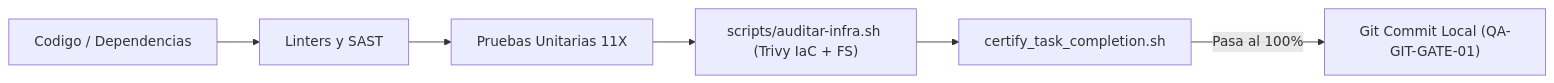
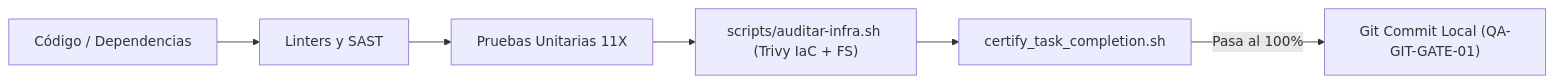
The second of 2 diagrams in SECURITY.es.md (tecno-consultores/qa-testing-blueprints), drawn with Mermaid before and after one commit. The commit also changed other lines of this file and 304 other files, not shown here.

````diff
--- a/SECURITY.es.md
+++ b/SECURITY.es.md
@@ -255,8 +255,8 @@
 ```mermaid
 flowchart LR
-    DEV["Codigo / Dependencias"] --> LINT["Linters y SAST"]
+    DEV["Código / Dependencias"] --> LINT["Linters y SAST"]
     LINT --> TEST["Pruebas Unitarias 11X"]
     TEST --> AUDIT["scripts/auditar-infra.sh (Trivy IaC + FS)"]
     AUDIT --> GATE["certify_task_completion.sh"]
     GATE -->|"Pasa al 100%"| GIT["Git Commit Local (QA-GIT-GATE-01)"]
 ```
````
